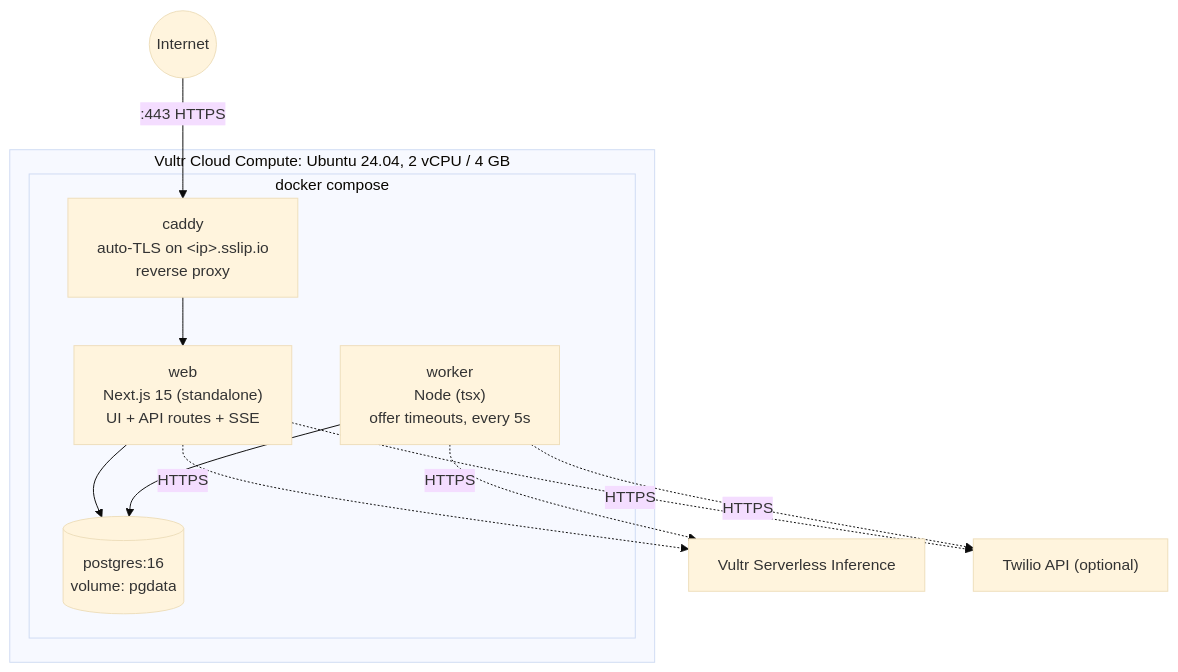
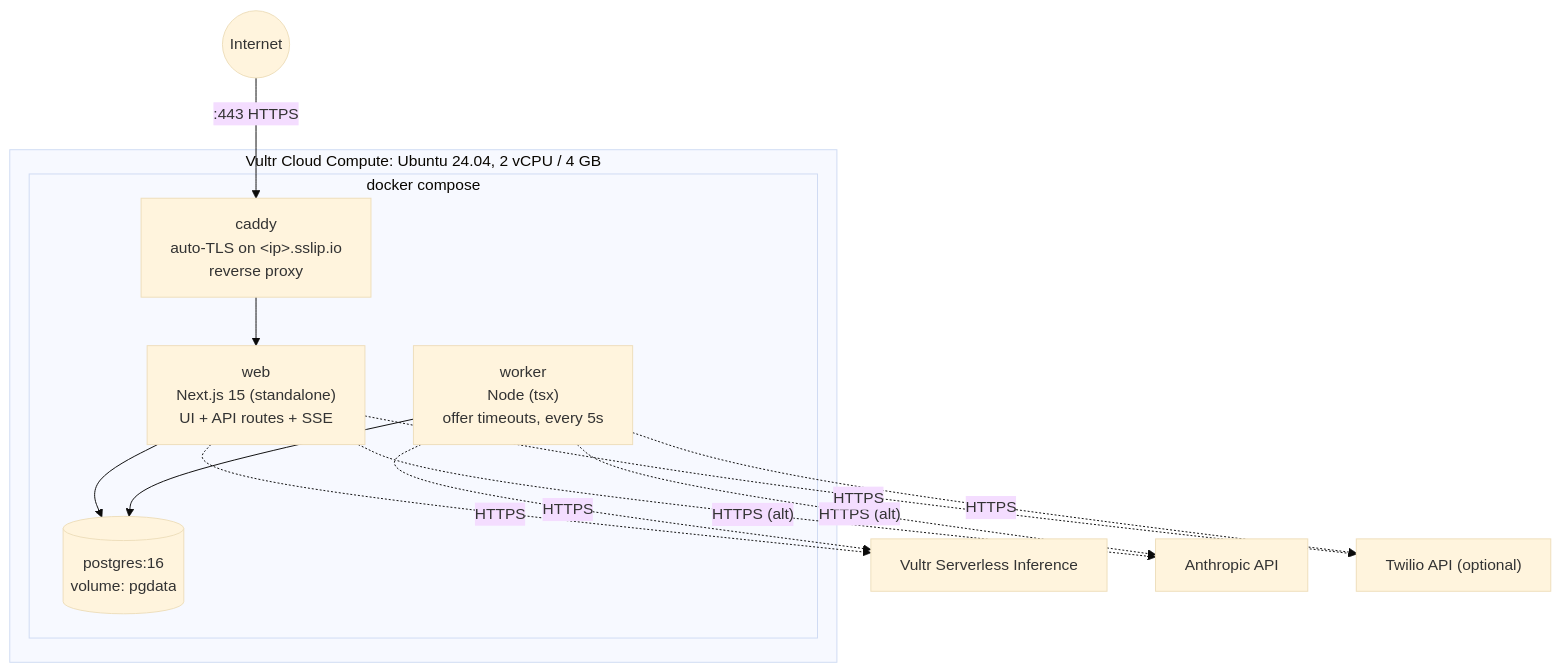
One commit to DonCastillo/Vultr-Hackathon changed the second of 6 diagrams in plan/architecture.md. Above: the diagram before and after it, drawn with Mermaid (base theme). The commit also changed other lines of this file and 4 other files, not shown here.

First line of the commit message:
Support dual LLM providers (Anthropic Claude + Vultr Inference) with environment-based switching

````diff
--- a/plan/architecture.md
+++ b/plan/architecture.md
@@ -37,21 +40,23 @@
 ```mermaid
 flowchart TB
     Internet((Internet)) -->|":443 HTTPS"| Caddy
 
     subgraph VM["Vultr Cloud Compute: Ubuntu 24.04, 2 vCPU / 4 GB"]
         subgraph Compose["docker compose"]
             Caddy["caddy<br/>auto-TLS on &lt;ip&gt;.sslip.io<br/>reverse proxy"]
             Web["web<br/>Next.js 15 (standalone)<br/>UI + API routes + SSE"]
             Worker["worker<br/>Node (tsx)<br/>offer timeouts, every 5s"]
             DB[("postgres:16<br/>volume: pgdata")]
         end
     end
 
     Caddy --> Web
     Web --> DB
     Worker --> DB
     Web -.->|HTTPS| Inference["Vultr Serverless Inference"]
     Worker -.->|HTTPS| Inference
+    Web -.->|"HTTPS (alt)"| Claude["Anthropic API"]
+    Worker -.->|"HTTPS (alt)"| Claude
     Web -.->|HTTPS| Twilio["Twilio API (optional)"]
     Worker -.->|HTTPS| Twilio
 ```
````
